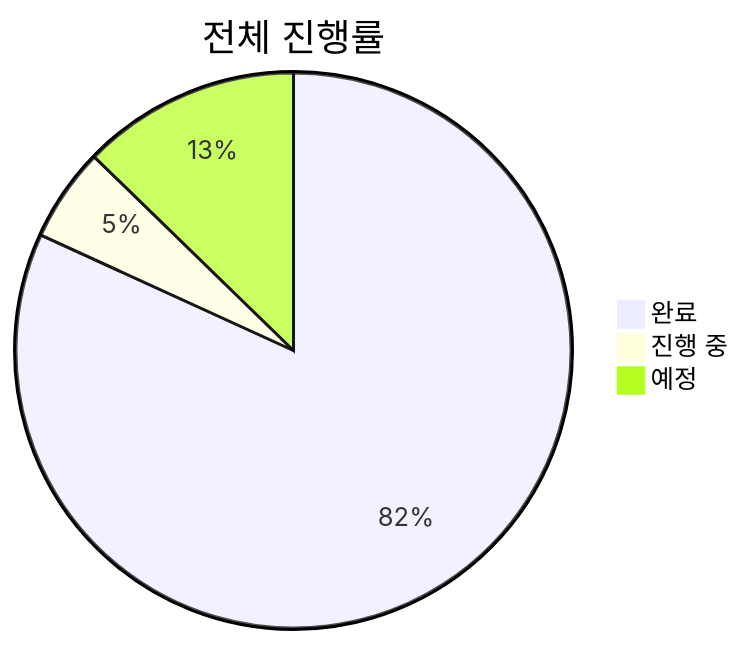
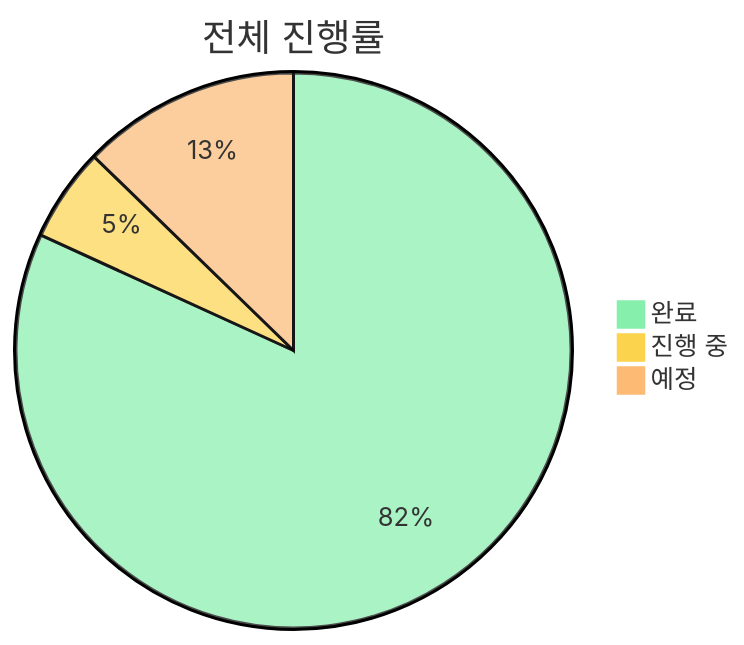
Before and after one commit to baehandoridori/BAEFRAME: the first of 4 diagrams in TODO.md, drawn with Mermaid.

Commit message:
style: 진행 상태 pie 그래프 색상 밝게 변경

````diff
--- a/TODO.md
+++ b/TODO.md
@@ -15,6 +15,7 @@
 ```mermaid
+%%{init: {'theme': 'base', 'themeVariables': { 'pie1': '#86efac', 'pie2': '#fcd34d', 'pie3': '#fdba74'}}}%%
 pie title 전체 진행률
     "완료" : 45
     "진행 중" : 3
     "예정" : 7
 ```
````
